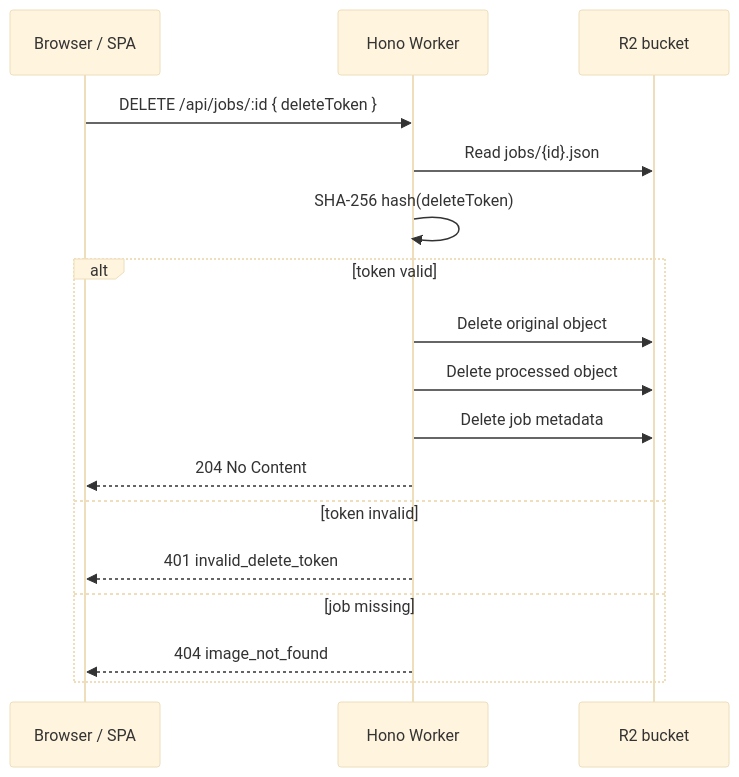
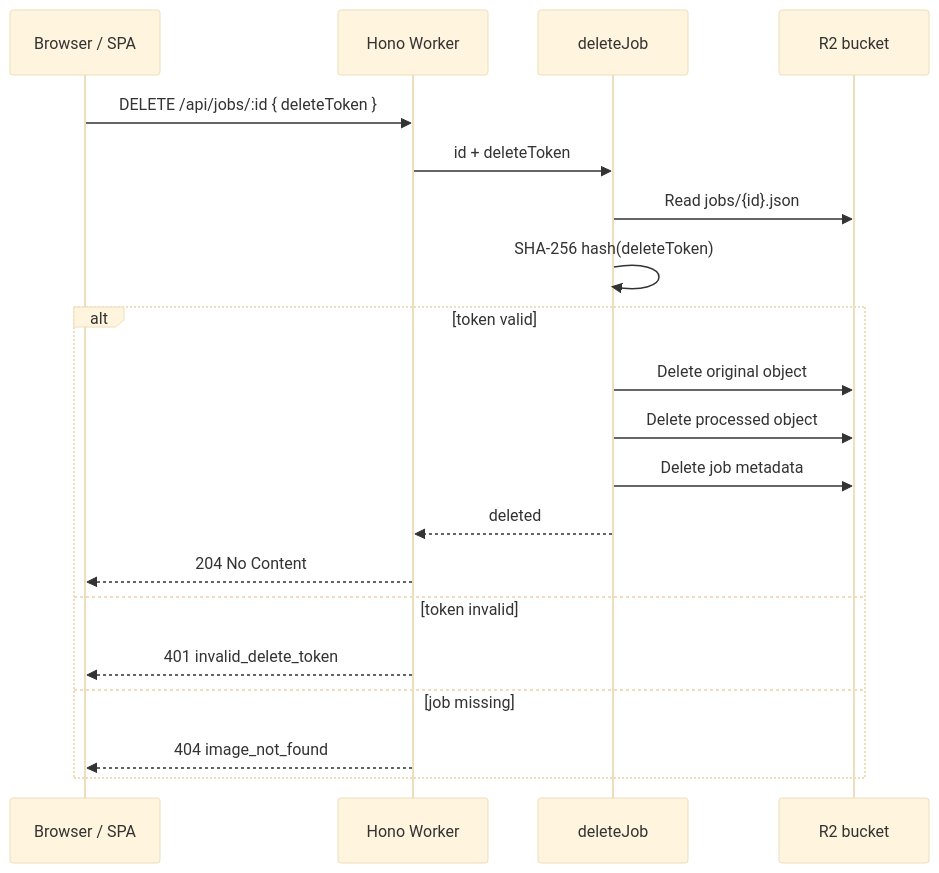
The seventh of 10 diagrams in docs/architecture.md (ozby/edge-matte), drawn with Mermaid (base theme) before and after one commit. The commit also changed other lines of this file and 7 other files, not shown here.

First line of the commit message:
Make architecture drift visible before docs and plans diverge

````diff
--- a/docs/architecture.md
+++ b/docs/architecture.md
@@ -130,20 +192,23 @@
 ```mermaid
 sequenceDiagram
     participant UI as Browser / SPA
     participant API as Hono Worker
+    participant Core as deleteJob
     participant R2 as R2 bucket
 
     UI->>API: DELETE /api/jobs/:id { deleteToken }
-    API->>R2: Read jobs/{id}.json
-    API->>API: SHA-256 hash(deleteToken)
+    API->>Core: id + deleteToken
+    Core->>R2: Read jobs/{id}.json
+    Core->>Core: SHA-256 hash(deleteToken)
     alt token valid
-        API->>R2: Delete original object
-        API->>R2: Delete processed object
-        API->>R2: Delete job metadata
+        Core->>R2: Delete original object
+        Core->>R2: Delete processed object
+        Core->>R2: Delete job metadata
+        Core-->>API: deleted
         API-->>UI: 204 No Content
     else token invalid
         API-->>UI: 401 invalid_delete_token
     else job missing
         API-->>UI: 404 image_not_found
     end
 ```
````
